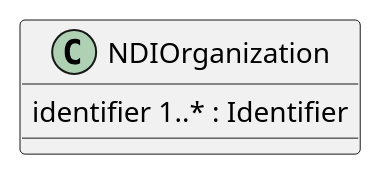
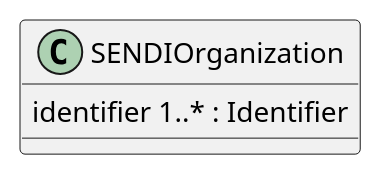
The diagram in input/image-source/dia.plantuml (danka74/verksamhet-och-organisation), drawn with PlantUML before and after one commit. The commit also changed 19 other files, not shown here.

```diff
--- a/input/image-source/dia.plantuml
+++ b/input/image-source/dia.plantuml
@@ -1,6 +1,6 @@
 @startuml dia
-class NDIOrganization {
+class SENDIOrganization {
     identifier 1..* : Identifier
 }
 
 @enduml
```
